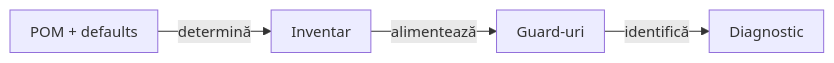
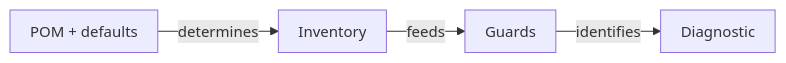
One commit to crististefanita/atf_j1 changed the second of 2 diagrams in atf-tests/README.md. Above: the diagram before and after it, drawn with Mermaid. The commit also changed other lines of this file and 83 other files, not shown here.

````diff
--- a/atf-tests/README.md
+++ b/atf-tests/README.md
@@ -221,7 +244,7 @@
 ```mermaid
 %%{init: {"themeVariables":{"fontSize":"15px"},"themeCSS":".nodeLabel, .nodeLabel p { font-size: 15px !important; line-height: 1.35 !important; } .edgeLabel, .edgeLabel p { font-size: 12px !important; font-weight: 400 !important; line-height: 1.2 !important; } .edgeLabel .labelBkg, .edgeLabel p { background: transparent !important; } .edgeLabel foreignObject { transform: translateY(-18px); overflow: visible; } .node rect { rx: 6px; ry: 6px; }","flowchart":{"curve":"linear","nodeSpacing":24,"rankSpacing":40,"padding":10,"diagramPadding":16}}}%%
 flowchart LR
-    Pom["POM + defaults"] -->|determină| Roots["Inventar"]
-    Roots -->|alimentează| Scan["Guard-uri"]
-    Scan -->|identifică| Result["Diagnostic"]
+    Pom["POM + defaults"] -->|determines| Roots["Inventory"]
+    Roots -->|feeds| Scan["Guards"]
+    Scan -->|identifies| Result["Diagnostic"]
 ```
````
